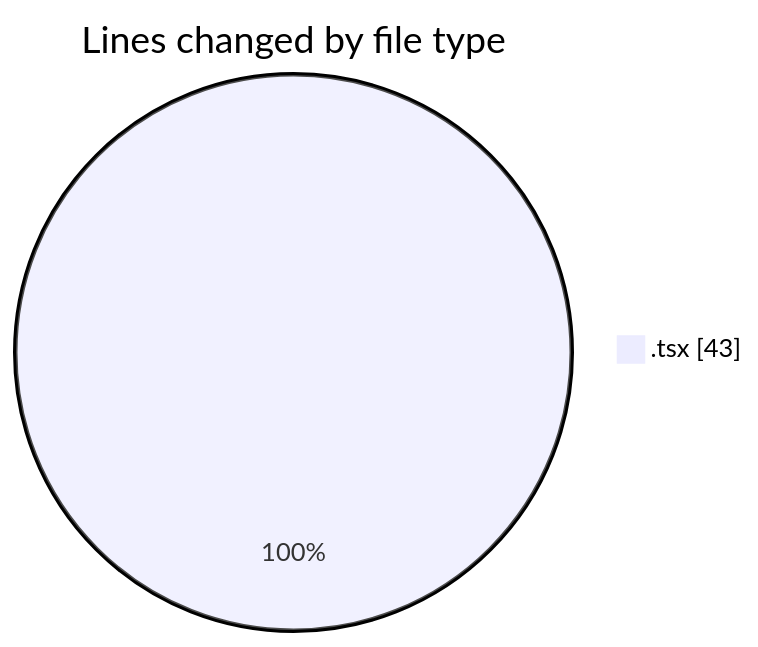
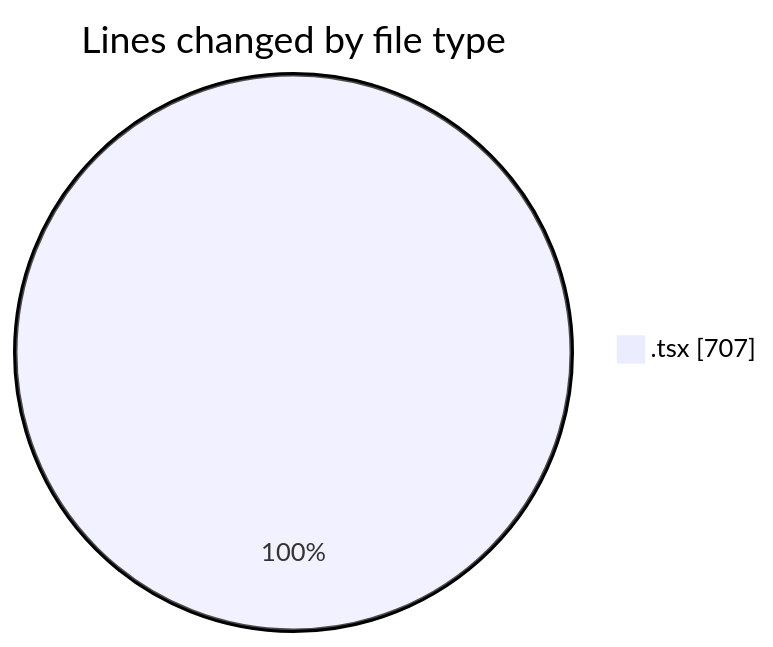
One commit to robertbonfada/code-tracking changed the first of 2 diagrams in 2025-02-18/termonied-web/README.md. Above: the diagram before and after it, drawn with Mermaid. The commit also changed other lines of this file and 1 other file, not shown here.

````diff
--- a/2025-02-18/termonied-web/README.md
+++ b/2025-02-18/termonied-web/README.md
@@ -20,5 +22,5 @@
 ```mermaid
 pie showData
 title Lines changed by file type
-".tsx" : 43
+".tsx" : 707
 ```
````
